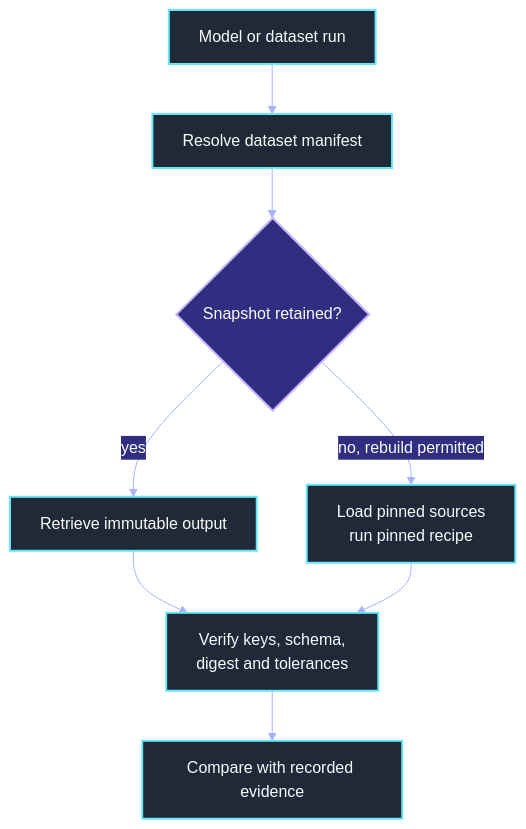
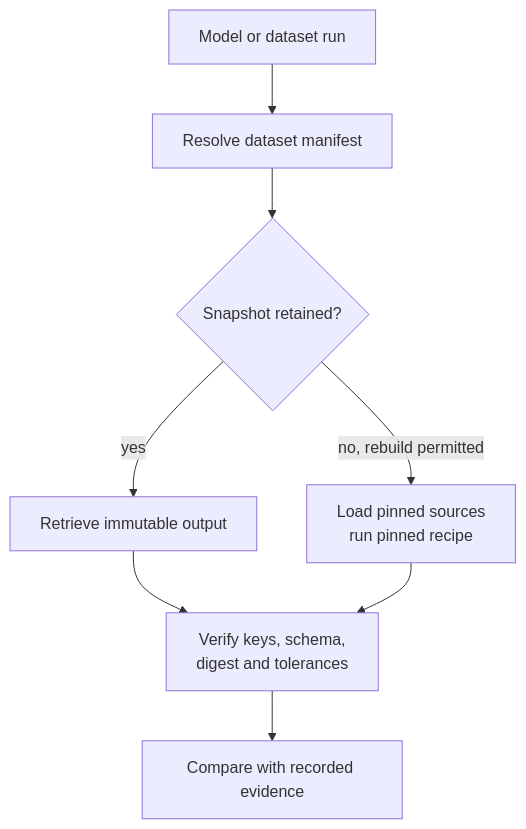
Before and after one commit to senlinyy/dev-roadmaps: the third of 3 diagrams in roadmaps/mlops/modules/data-for-ml-systems/data-pipelines/02-dataset-versioning-and-lineage.md, drawn with Mermaid. The commit also changed other lines of this file and 152 other files, not shown here.

Commit message:
feat: mlops and diagrams updated

````diff
--- a/roadmaps/mlops/modules/data-for-ml-systems/data-pipelines/02-dataset-versioning-and-lineage.md
+++ b/roadmaps/mlops/modules/data-for-ml-systems/data-pipelines/02-dataset-versioning-and-lineage.md
@@ -295,12 +293,11 @@
 ```mermaid
-%%{init: {"theme": "base", "themeVariables": {"background": "#111827", "primaryColor": "#1f2937", "primaryTextColor": "#f9fafb", "primaryBorderColor": "#67e8f9", "lineColor": "#a5b4fc", "secondaryColor": "#312e81", "fontFamily": "Inter, sans-serif"}}}%%
+
 flowchart TB
     Run["Model or dataset run"] --> Manifest["Resolve dataset manifest"] --> Content{"Snapshot retained?"}
     Content -->|"yes"| Retrieve["Retrieve immutable output"] --> Verify["Verify keys, schema,<br/>digest and tolerances"]
     Content -->|"no, rebuild permitted"| Rebuild["Load pinned sources<br/>run pinned recipe"] --> Verify
     Verify --> Compare["Compare with recorded evidence"]
-    classDef step fill:#1f2937,stroke:#67e8f9,color:#f9fafb,stroke-width:2px
-    classDef choice fill:#312e81,stroke:#c4b5fd,color:#f9fafb,stroke-width:2px
+
     class Run,Manifest,Retrieve,Rebuild,Verify,Compare step
     class Content choice
 ```
````
